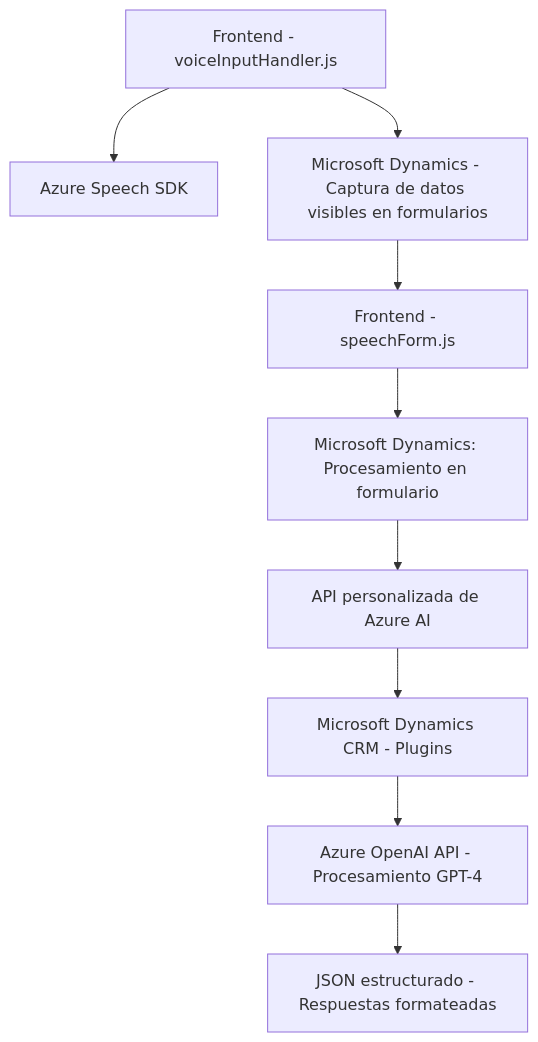
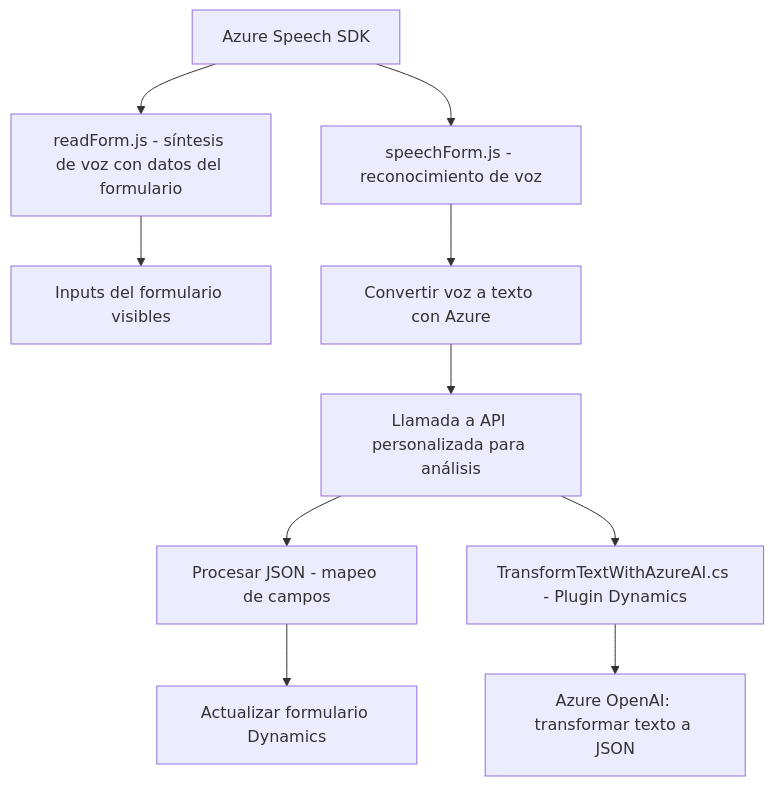
One commit to blopezdm/NETCORE_BILBAO2025 changed the diagram in README.md. Above: the diagram before and after it, drawn with Mermaid. The commit also changed other lines of this file, not shown here.

Commit message:
Actualizar análisis global de la solución con IA

````diff
--- a/README.md
+++ b/README.md
@@ -44,11 +45,13 @@
 ```mermaid
 graph TD
-    A["Frontend - voiceInputHandler.js"] --> B["Azure Speech SDK"]
-    A --> C["Microsoft Dynamics - Captura de datos visibles en formularios"]
-    C --> D["Frontend - speechForm.js"]
-    D --> E["Microsoft Dynamics: Procesamiento en formulario"]
-    E --> F["API personalizada de Azure AI"]
-    F --> G["Microsoft Dynamics CRM - Plugins"]
-    G --> H["Azure OpenAI API - Procesamiento GPT-4"]
-    H --> I["JSON estructurado - Respuestas formateadas"]
+    A["Azure Speech SDK"] --> B["readForm.js - síntesis de voz con datos del formulario"]
+    B --> C["Inputs del formulario visibles"]
+    A --> D["speechForm.js - reconocimiento de voz"]
+    D --> E["Convertir voz a texto con Azure"]
+    E --> F["Llamada a API personalizada para análisis"]
+    F --> G["Procesar JSON - mapeo de campos"]
+    G --> H["Actualizar formulario Dynamics"]
+    I["TransformTextWithAzureAI.cs - Plugin Dynamics"]
+    F --> I
+    I --> J["Azure OpenAI: transformar texto a JSON"]
 ```
````
